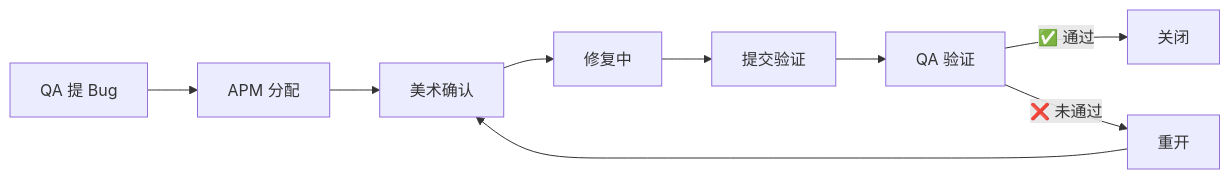
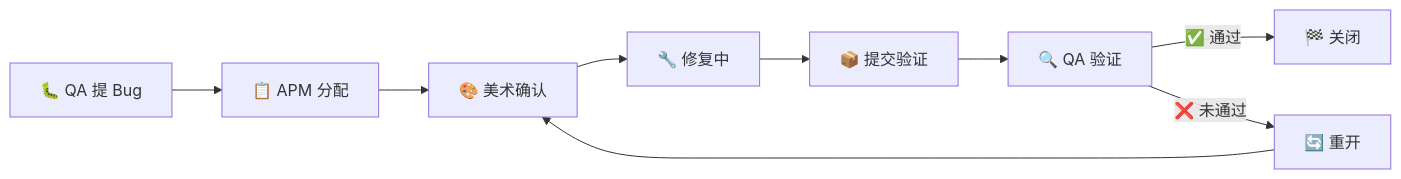
Before and after one commit to diedie23/Game-Knowledge-Base: the diagram in docs/knowledge-base/art-vs-qa-buggrade.md, drawn with Mermaid. The commit also changed other lines of this file and 20 other files, not shown here.

````diff
--- a/docs/knowledge-base/art-vs-qa-buggrade.md
+++ b/docs/knowledge-base/art-vs-qa-buggrade.md
@@ -142,11 +152,11 @@
 ```mermaid
 graph LR
-    A[QA 提 Bug] --> B[APM 分配]
-    B --> C[美术确认]
-    C --> D[修复中]
-    D --> E[提交验证]
-    E --> F[QA 验证]
-    F -->|✅ 通过| G[关闭]
-    F -->|❌ 未通过| H[重开]
+    A[🐛 QA 提 Bug] --> B[📋 APM 分配]
+    B --> C[🎨 美术确认]
+    C --> D[🔧 修复中]
+    D --> E[📦 提交验证]
+    E --> F[🔍 QA 验证]
+    F -->|✅ 通过| G[🏁 关闭]
+    F -->|❌ 未通过| H[🔄 重开]
     H --> C
 ```
````
